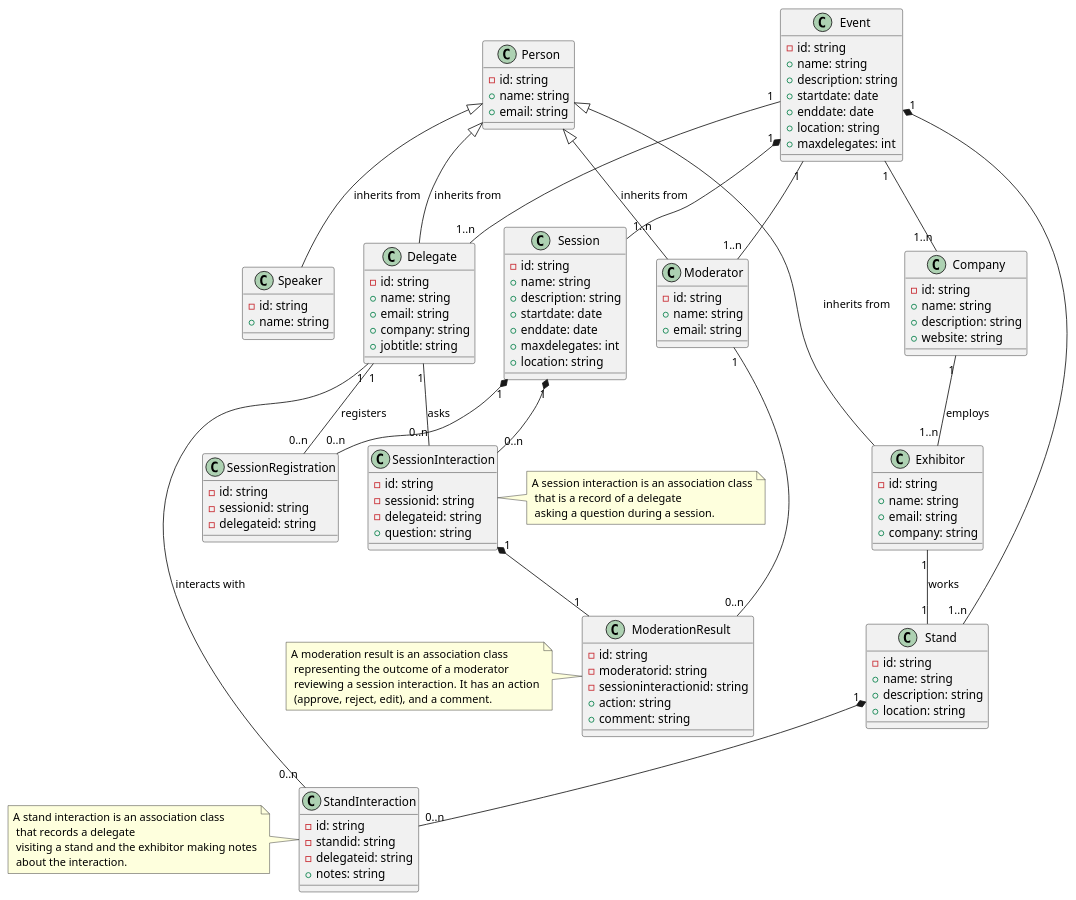
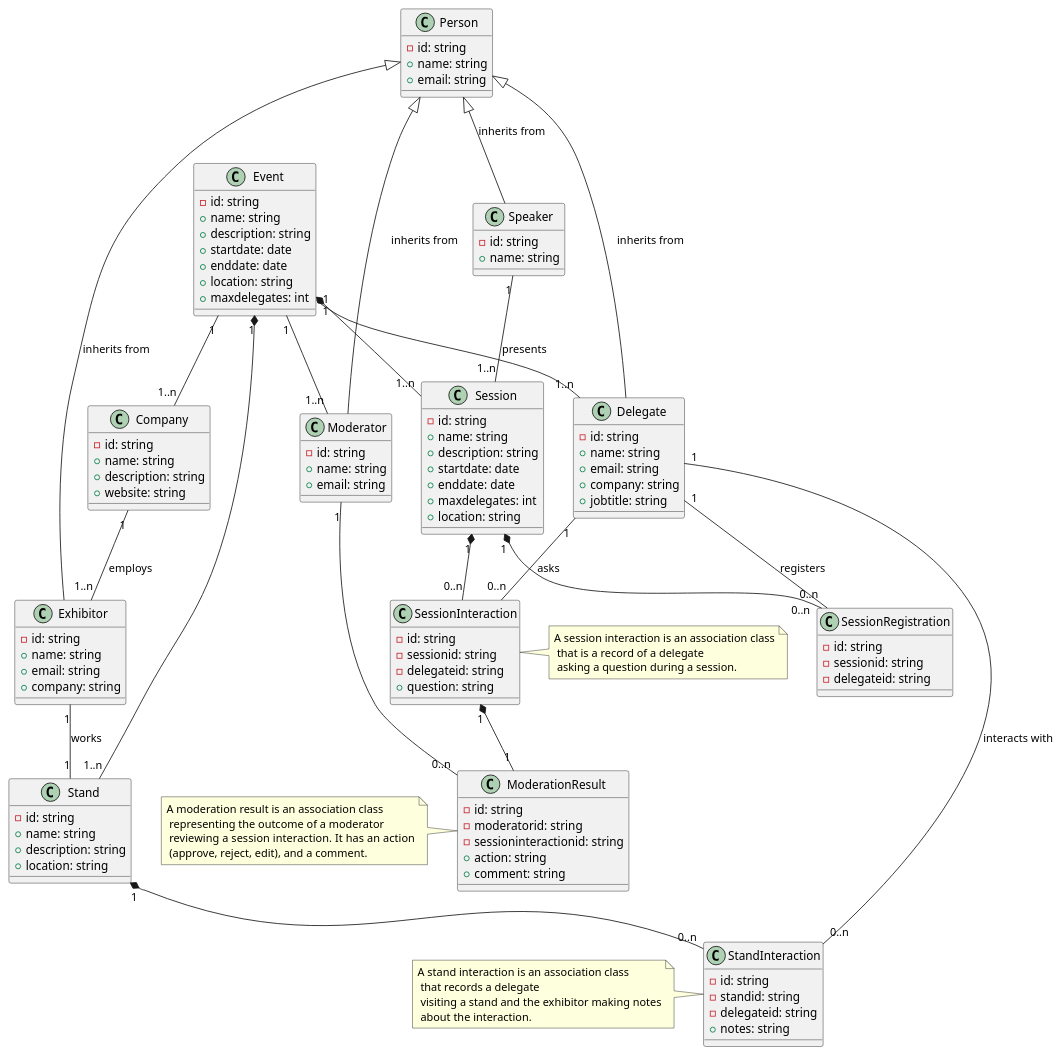
Before and after one commit to CSC-40084-Group-7/BMI2-UML: the diagram in BookMeIn2.puml, drawn with PlantUML.

Commit message:
add relationships

```diff
--- a/BookMeIn2.puml
+++ b/BookMeIn2.puml
@@ -1,153 +1,155 @@
 @startuml BookMeIn2
 
 /'
 Glossary
 
 Event: The event that is happening, e.g. App Development in a mobile world.
 Delegates: People attending the event, sometimes on behalf of a company.
 Exhibitor: A person attending the event on behalf of their company. Each Exhibitor works at one stand.
 Moderator: Works in the background during a session filtering the questions sent in by delegates, for the purpose of avoiding anything unsuitable being sent to the speaker, and amalgamating similar questions into one so as to avoid repeating the same question
 Session: A talk or presentation happening at the event. Several of these can happen at the same time at larger events and delegates would have to choose which ones they want to attend.  Sometimes these can require a pre-registration of interest to allow entry.
 Speaker: An individual presenting the session. These can be the same as exhibitors, or they may be completely independent.
 Stand: One per company at the event. These companies are ones that have paid to have a stand at the event.  Often these will be sponsors of the event looking to sell some sort of software or service to the delegates.   Multiple Exhibitors may work on one stand though.
 '/
 
 ' Entities
 
 class "Event" as event {
     - id: string
     + name: string
     + description: string
     + startdate: date
     + enddate: date
     + location: string
     + maxdelegates: int
 }
 
 class "Person" as person {
     - id: string
     + name: string
     + email: string
 }
 
 class "Delegate" as delegate {
     - id: string
     + name: string
     + email: string
     + company: string
     + jobtitle: string
 }
 
 class "Exhibitor" as exhibitor {
     - id: string
     + name: string
     + email: string
     + company: string
 }
 
 class "Moderator" as moderator {
     - id: string
     + name: string
     + email: string
 }
 
 class "Session" as session {
     - id: string
     + name: string
     + description: string
     + startdate: date
     + enddate: date
     + maxdelegates: int
     + location: string
 }
 
 class "Speaker" as speaker {
     - id: string
     + name: string
 }
 
 class "Stand" as stand {
     - id: string
     + name: string
     + description: string
     + location: string
 }
 
 class "Company" as company {
     - id: string
     + name: string
     + description: string
     + website: string
 }
 
 class "SessionRegistration" as sessionregistration {
     - id: string
     - sessionid: string
     - delegateid: string
 }
 
 class "StandInteraction" as standinteraction {
     - id: string
     - standid: string
     - delegateid: string
     + notes: string
 }
 
 class "SessionInteraction" as sessioninteraction {
     - id: string
     - sessionid: string
     - delegateid: string
     + question: string
 }
 
 class "ModerationResult" as moderationresult {
     - id: string
     - moderatorid: string
     - sessioninteractionid: string
     + action: string
     + comment: string
 }
 
 ' Relationships
 
 event "1" -- "1..n" delegate
 event "1" -- "1..n" moderator
 event "1" -- "1..n" company
 
 delegate "1" -- "0..n" standinteraction : interacts with
 delegate "1" -- "0..n" sessioninteraction : asks
 delegate "1" -- "0..n" sessionregistration : registers
 
 exhibitor "1" -- "1" stand : works
 
 company "1" -- "1..n" exhibitor : employs
 
 moderator "1" -- "0..n" moderationresult 
 
+speaker "1" -- "1..n" session : presents
+
 
 ' Inheritance
 
 person <|-- delegate : inherits from
 person <|-- exhibitor : inherits from
 person <|-- moderator : inherits from
 person <|-- speaker : inherits from
 
 ' Composition
 
 event "1" *-- "1..n" session
 event "1" *-- "1..n" stand
 
 ' Aggregation
 
 session "1" *-- "0..n" sessioninteraction
 session "1" *-- "0..n" sessionregistration
 stand "1" *-- "0..n" standinteraction
 sessioninteraction "1" *-- "1" moderationresult
 
 ' Notes
 
 note left of moderationresult : A moderation result is an association class\n representing the outcome of a moderator\n reviewing a session interaction.  It has an action\n (approve, reject, edit), and a comment.
 note left of standinteraction : A stand interaction is an association class\n that records a delegate\n visiting a stand and the exhibitor making notes\n about the interaction.
 note right of sessioninteraction : A session interaction is an association class\n that is a record of a delegate\n asking a question during a session.
 
 @enduml
```
